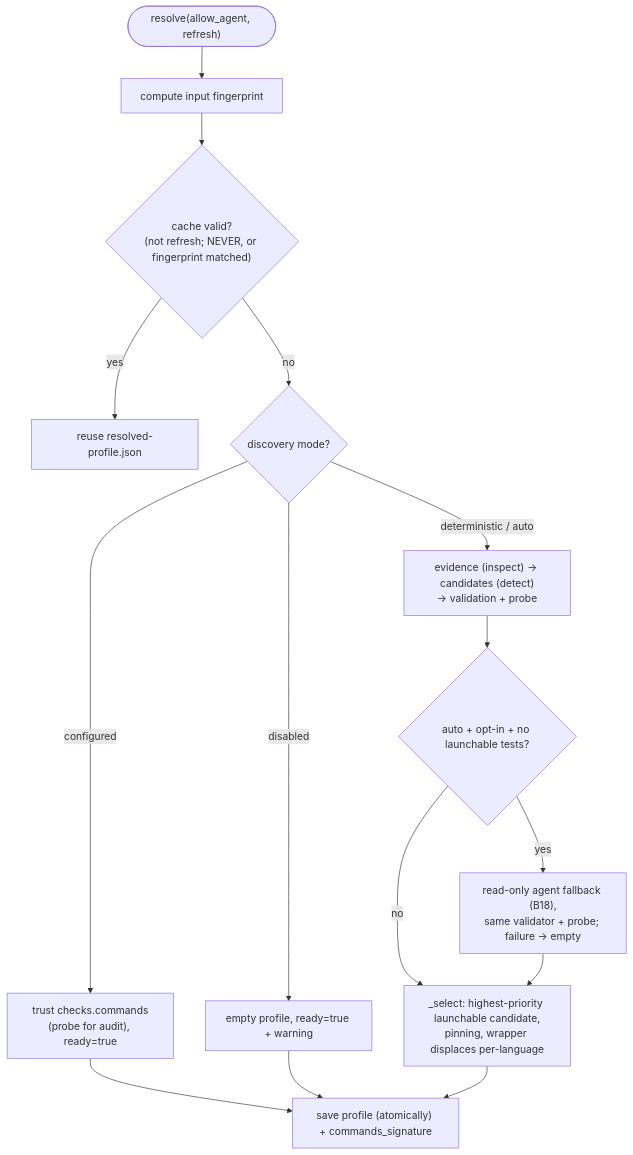
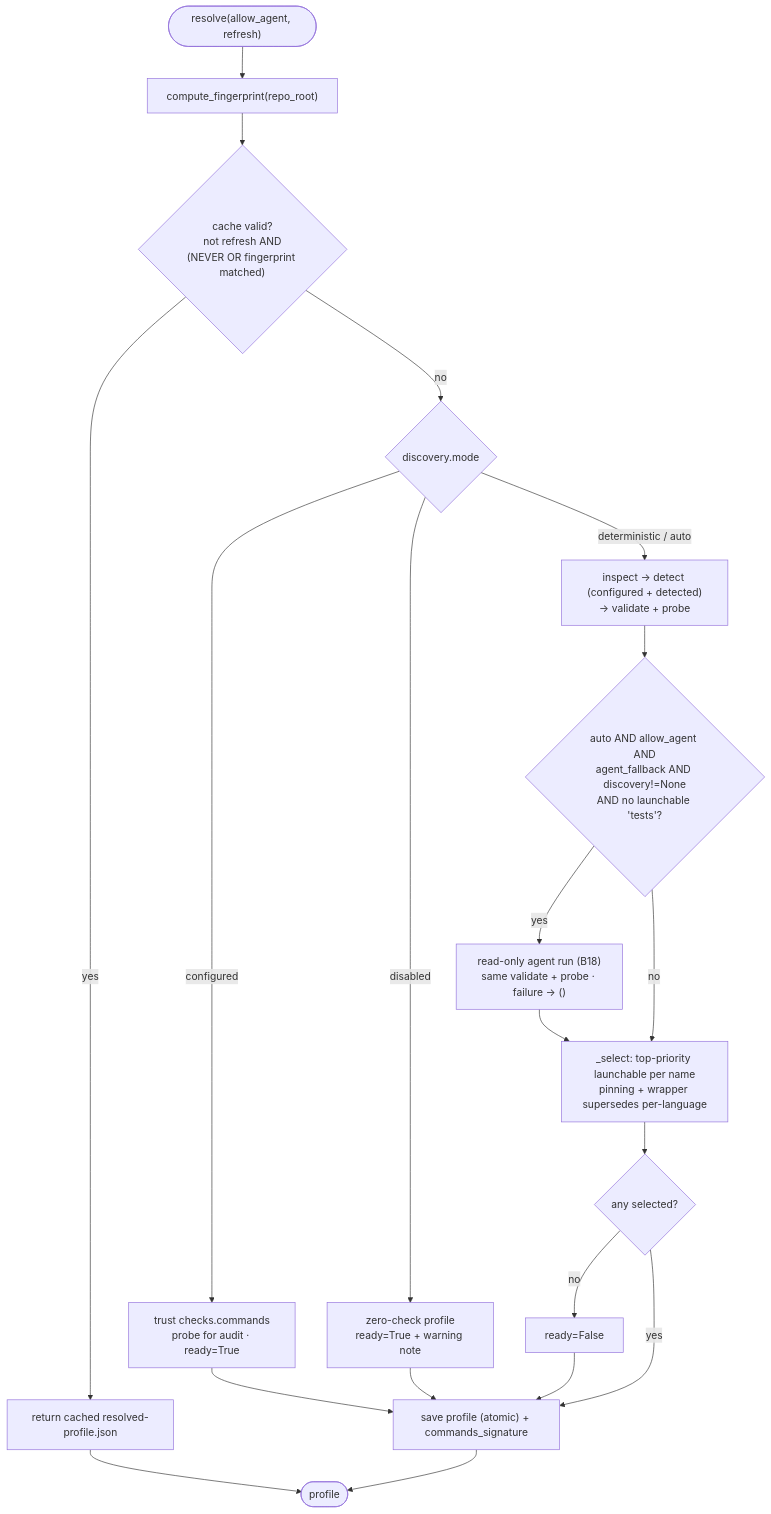
Before and after one commit to VladimirMakarevich/wastech-orchestrator: the diagram in docs/functional/blocks/B23-check-discovery.md, drawn with Mermaid. The commit also changed other lines of this file and 39 other files, not shown here.

First line of the commit message:
docs: Add detailed documentation for new flows and components

````diff
--- a/docs/functional/blocks/B23-check-discovery.md
+++ b/docs/functional/blocks/B23-check-discovery.md
@@ -52,17 +66,22 @@
 ```mermaid
 flowchart TB
-    start(["resolve(allow_agent, refresh)"]) --> fp["compute input fingerprint"]
-    fp --> cache{"cache valid?<br/>(not refresh; NEVER, or fingerprint matched)"}
-    cache -->|yes| reuse["reuse resolved-profile.json"]
-    cache -->|no| mode{"discovery mode?"}
-    mode -->|configured| conf["trust checks.commands<br/>(probe for audit), ready=true"]
-    mode -->|disabled| dis["empty profile, ready=true + warning"]
-    mode -->|"deterministic / auto"| det["evidence (inspect) → candidates (detect)<br/>→ validation + probe"]
-    det --> ag{"auto + opt-in + no launchable tests?"}
-    ag -->|yes| agent["read-only agent fallback (B18),<br/>same validator + probe; failure → empty"]
+    start(["resolve(allow_agent, refresh)"]) --> fp["compute_fingerprint(repo_root)"]
+    fp --> cache{"cache valid?<br/>not refresh AND<br/>(NEVER OR fingerprint matched)"}
+    cache -->|yes| reuse["return cached resolved-profile.json"]
+    cache -->|no| mode{"discovery.mode"}
+    mode -->|configured| conf["trust checks.commands<br/>probe for audit · ready=True"]
+    mode -->|disabled| dis["zero-check profile<br/>ready=True + warning note"]
+    mode -->|deterministic / auto| det["inspect -> detect (configured + detected)<br/>-> validate + probe"]
+    det --> ag{"auto AND allow_agent AND<br/>agent_fallback AND discovery!=None<br/>AND no launchable 'tests'?"}
+    ag -->|yes| agent["read-only agent run (B18)<br/>same validate + probe · failure -> ()"]
     ag -->|no| sel
-    agent --> sel["_select: highest-priority launchable candidate,<br/>pinning, wrapper displaces per-language"]
-    conf --> save
+    agent --> sel["_select: top-priority launchable per name<br/>pinning + wrapper supersedes per-language"]
+    sel --> ready{"any selected?"}
+    ready -->|no| notready["ready=False"]
+    ready -->|yes| save
+    conf --> save["save profile (atomic) + commands_signature"]
     dis --> save
-    sel --> save["save profile (atomically) + commands_signature"]
+    notready --> save
+    reuse --> done([profile])
+    save --> done
 ```
````
